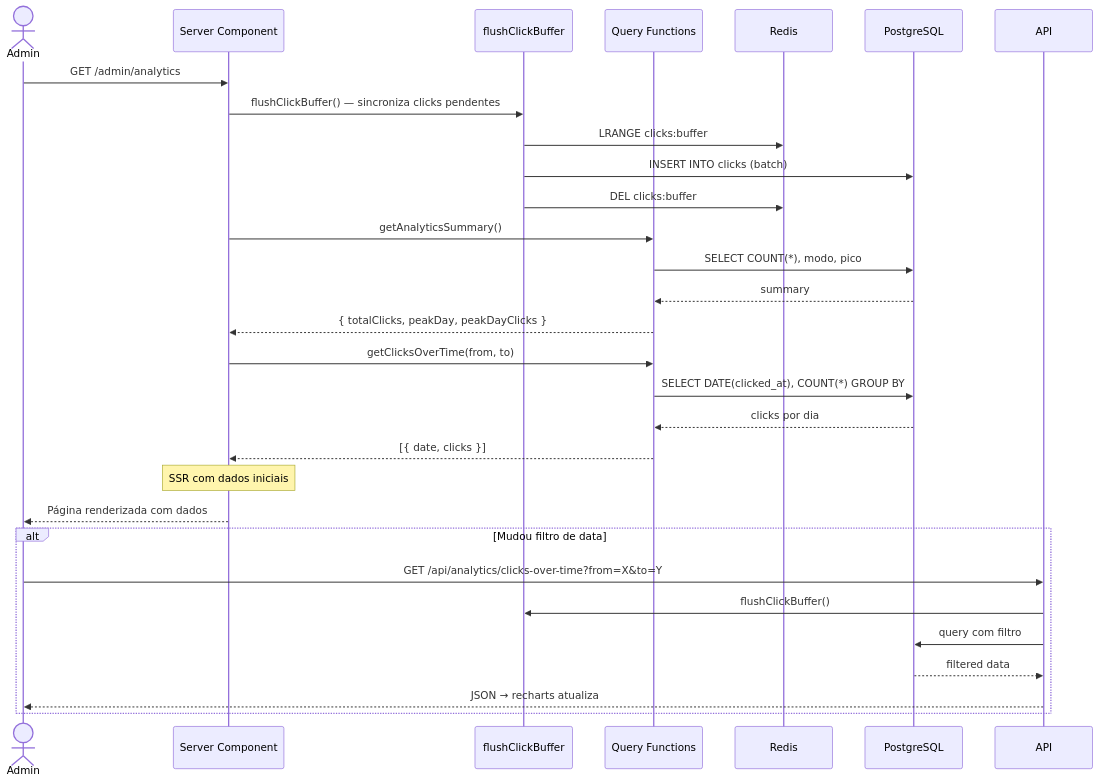
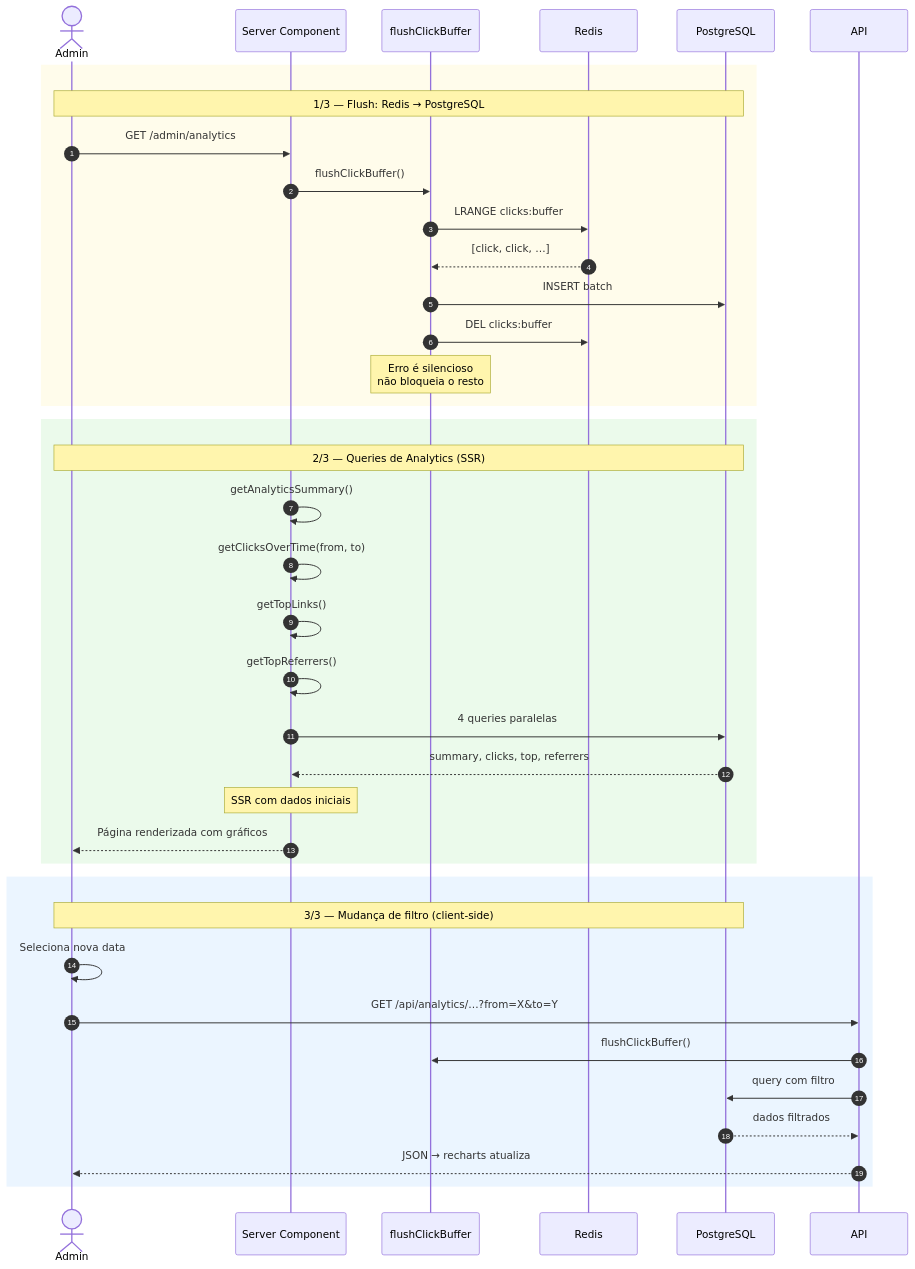
The fourth of 5 diagrams in docs/fluxo-de-dados.md (eduardoaugustolb/encurtador-url), drawn with Mermaid before and after one commit. The commit also changed other lines of this file and 3 other files, not shown here.

Commit message:
docs: reorganize mermaid diagrams with spacing, autonumber, and color-coded phases

````diff
--- a/docs/fluxo-de-dados.md
+++ b/docs/fluxo-de-dados.md
@@ -129,37 +167,43 @@
 ```mermaid
+%%{init: {'sequence': {'actorMargin': 55, 'boxMargin': 20}}}%%
 sequenceDiagram
+    autonumber
     actor A as Admin
     participant SC as Server Component
     participant F as flushClickBuffer
-    participant Q as Query Functions
     participant R as Redis
     participant DB as PostgreSQL
 
-    A->>SC: GET /admin/analytics
-    SC->>F: flushClickBuffer() — sincroniza clicks pendentes
-    F->>R: LRANGE clicks:buffer
-    F->>DB: INSERT INTO clicks (batch)
-    F->>R: DEL clicks:buffer
+    rect rgb(255, 252, 235)
+        Note over A,DB: 1/3 — Flush: Redis → PostgreSQL
+        A->>SC: GET /admin/analytics
+        SC->>F: flushClickBuffer()
+        F->>R: LRANGE clicks:buffer
+        R-->>F: [click, click, …]
+        F->>DB: INSERT batch
+        F->>R: DEL clicks:buffer
+        Note over F: Erro é silencioso<br/>não bloqueia o resto
+    end
 
-    SC->>Q: getAnalyticsSummary()
-    Q->>DB: SELECT COUNT(*), modo, pico
-    DB-->>Q: summary
-    Q-->>SC: { totalClicks, peakDay, peakDayClicks }
+    rect rgb(235, 250, 235)
+        Note over A,DB: 2/3 — Queries de Analytics (SSR)
+        SC->>SC: getAnalyticsSummary()
+        SC->>SC: getClicksOverTime(from, to)
+        SC->>SC: getTopLinks()
+        SC->>SC: getTopReferrers()
+        SC->>DB: 4 queries paralelas
+        DB-->>SC: summary, clicks, top, referrers
+        Note over SC: SSR com dados iniciais
+        SC-->>A: Página renderizada com gráficos
+    end
 
-    SC->>Q: getClicksOverTime(from, to)
-    Q->>DB: SELECT DATE(clicked_at), COUNT(*) GROUP BY
-    DB-->>Q: clicks por dia
-    Q-->>SC: [{ date, clicks }]
-
-    Note over SC: SSR com dados iniciais
-
-    SC-->>A: Página renderizada com dados
-
-    alt Mudou filtro de data
-        A->>API: GET /api/analytics/clicks-over-time?from=X&to=Y
+    rect rgb(235, 245, 255)
+        Note over A,DB: 3/3 — Mudança de filtro (client-side)
+        A->>A: Seleciona nova data
+        A->>API: GET /api/analytics/…?from=X&to=Y
         API->>F: flushClickBuffer()
         API->>DB: query com filtro
-        DB-->>API: filtered data
+        DB-->>API: dados filtrados
         API-->>A: JSON → recharts atualiza
     end
 ```
````
